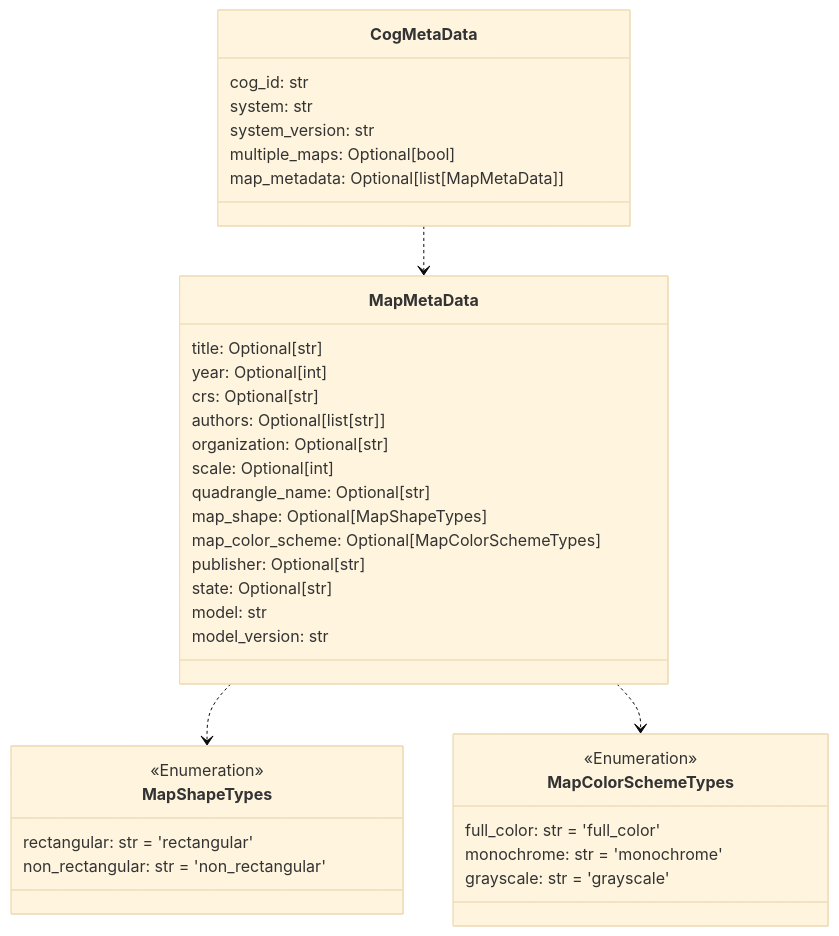
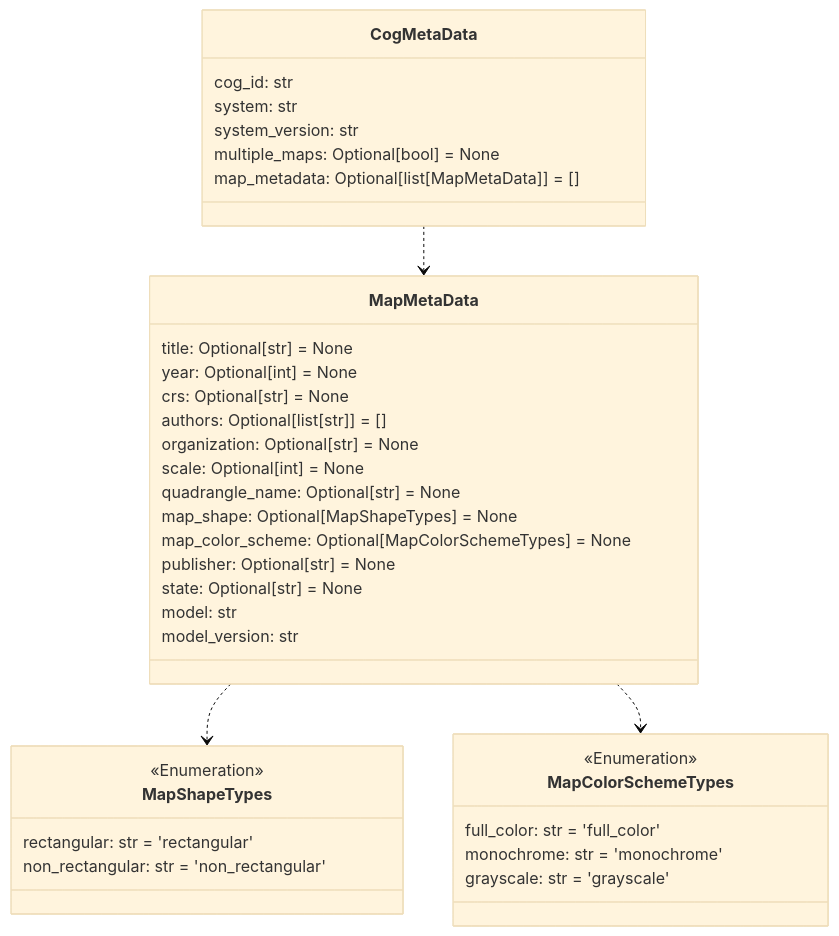
The eighth of 12 diagrams in README.md (DARPA-CRITICALMAAS/cdr_schemas), drawn with Mermaid (base theme) before and after one commit. The commit also changed other lines of this file and 15 other files, not shown here.

````diff
--- a/README.md
+++ b/README.md
@@ -613,46 +613,46 @@
 ```mermaid
 classDiagram
 
     class MapShapeTypes {
         <<Enumeration>>
         rectangular: str = 'rectangular'
         non_rectangular: str = 'non_rectangular'
     }
 
+    class MapMetaData {
+        title: Optional[str] = None
+        year: Optional[int] = None
+        crs: Optional[str] = None
+        authors: Optional[list[str]] = []
+        organization: Optional[str] = None
+        scale: Optional[int] = None
+        quadrangle_name: Optional[str] = None
+        map_shape: Optional[MapShapeTypes] = None
+        map_color_scheme: Optional[MapColorSchemeTypes] = None
+        publisher: Optional[str] = None
+        state: Optional[str] = None
+        model: str
+        model_version: str
+    }
+
     class CogMetaData {
         cog_id: str
         system: str
         system_version: str
-        multiple_maps: Optional[bool]
-        map_metadata: Optional[list[MapMetaData]]
+        multiple_maps: Optional[bool] = None
+        map_metadata: Optional[list[MapMetaData]] = []
     }
 
     class MapColorSchemeTypes {
         <<Enumeration>>
         full_color: str = 'full_color'
         monochrome: str = 'monochrome'
         grayscale: str = 'grayscale'
     }
 
-    class MapMetaData {
-        title: Optional[str]
-        year: Optional[int]
-        crs: Optional[str]
-        authors: Optional[list[str]]
-        organization: Optional[str]
-        scale: Optional[int]
-        quadrangle_name: Optional[str]
-        map_shape: Optional[MapShapeTypes]
-        map_color_scheme: Optional[MapColorSchemeTypes]
-        publisher: Optional[str]
-        state: Optional[str]
-        model: str
-        model_version: str
-    }
-
     MapMetaData ..> MapShapeTypes
     MapMetaData ..> MapColorSchemeTypes
     CogMetaData ..> MapMetaData
 
 
 ```
````
